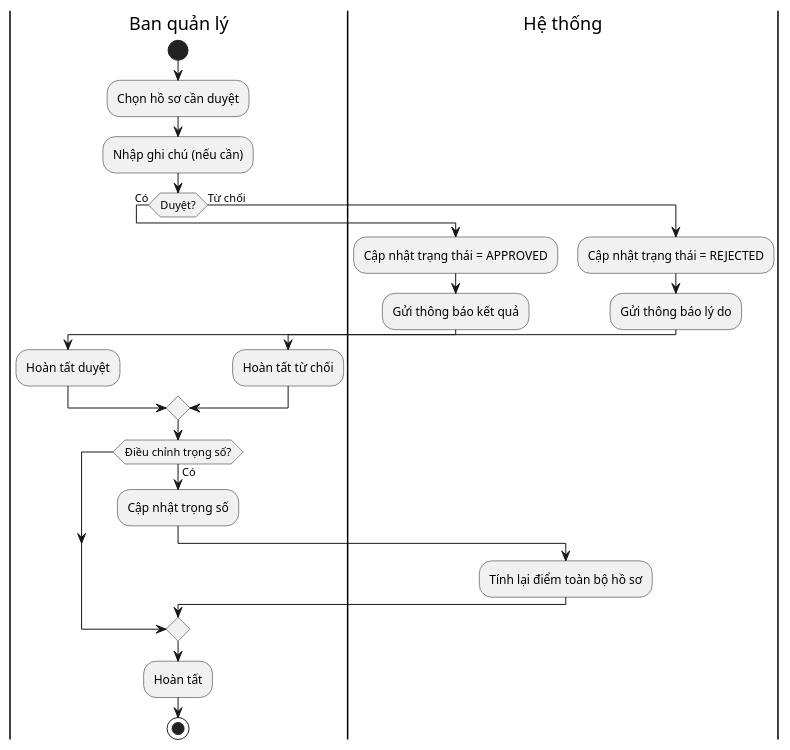
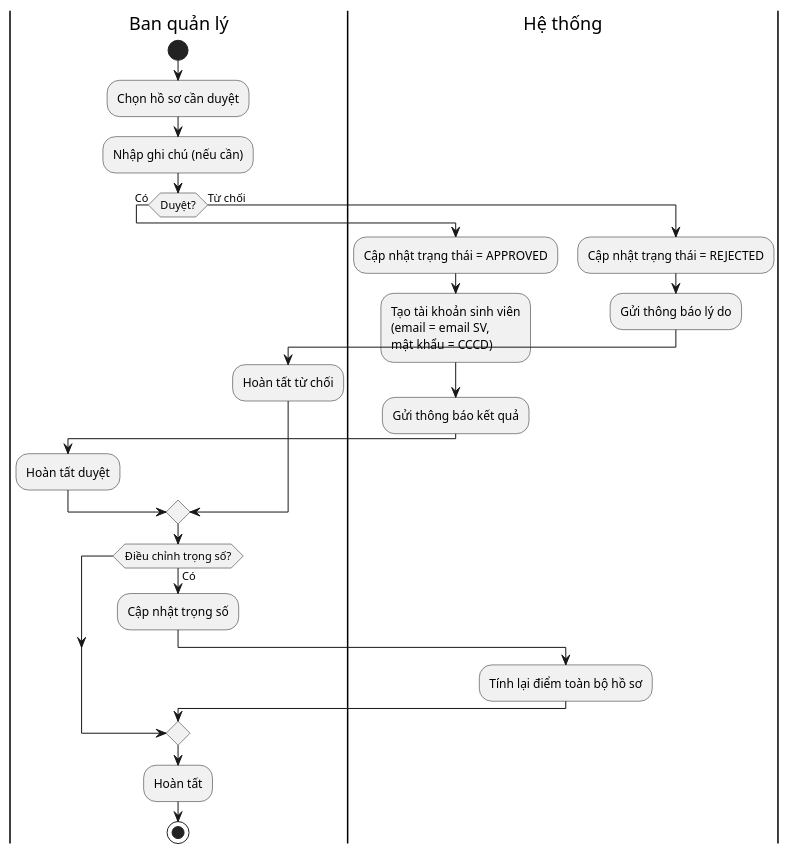
One commit to s0nbuildtech287/dormitory-frontend changed the diagram in diagrams/nhomhosodangky/registration_review_activity.puml. Above: the diagram before and after it, drawn with PlantUML. The commit also changed 2 other files, not shown here.

```diff
--- a/diagrams/nhomhosodangky/registration_review_activity.puml
+++ b/diagrams/nhomhosodangky/registration_review_activity.puml
@@ -1,28 +1,31 @@
 @startuml "Registration Review Activity"
 |Ban quản lý|
 start
 :Chọn hồ sơ cần duyệt;
 :Nhập ghi chú (nếu cần);
 if (Duyệt?) then (Có)
   |Hệ thống|
   :Cập nhật trạng thái = APPROVED;
+  :Tạo tài khoản sinh viên
+  (email = email SV,
+  mật khẩu = CCCD);
   :Gửi thông báo kết quả;
   |Ban quản lý|
   :Hoàn tất duyệt;
 else (Từ chối)
   |Hệ thống|
   :Cập nhật trạng thái = REJECTED;
   :Gửi thông báo lý do;
   |Ban quản lý|
   :Hoàn tất từ chối;
 endif
 if (Điều chỉnh trọng số?) then (Có)
   |Ban quản lý|
   :Cập nhật trọng số;
   |Hệ thống|
   :Tính lại điểm toàn bộ hồ sơ;
 endif
 |Ban quản lý|
 :Hoàn tất;
 stop
 @enduml
```
